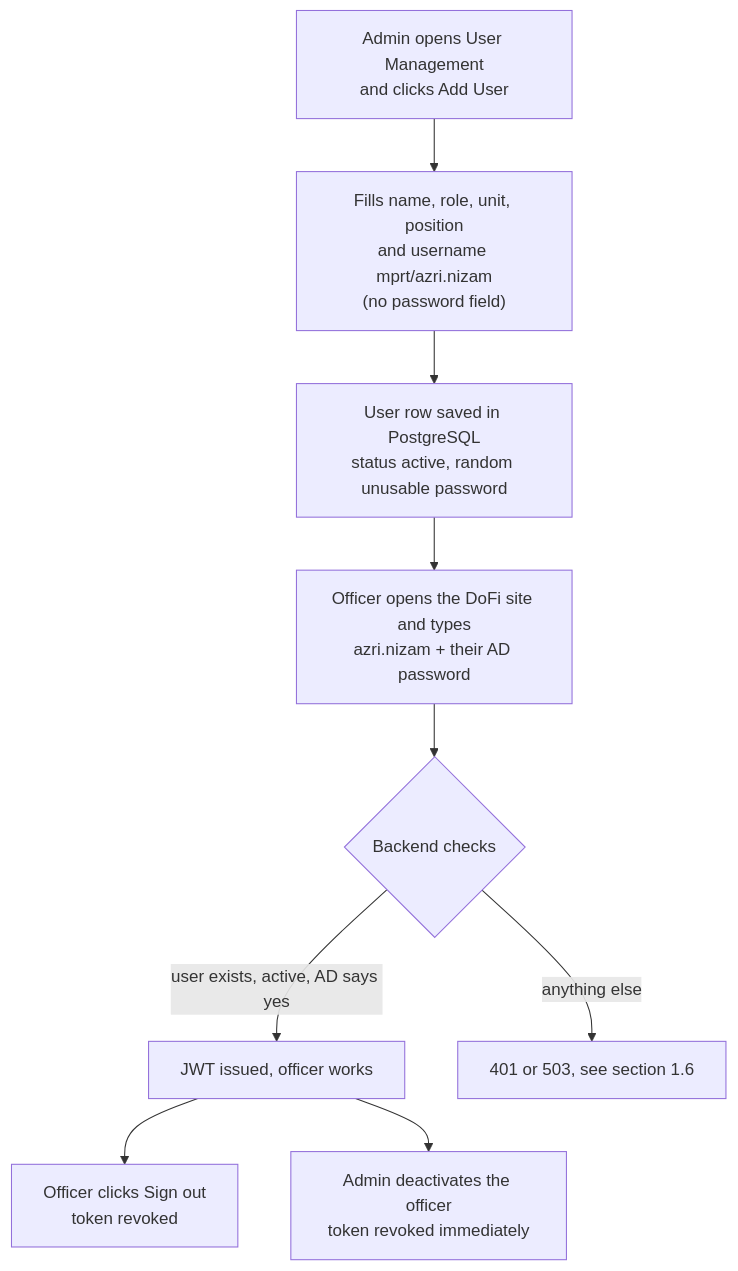
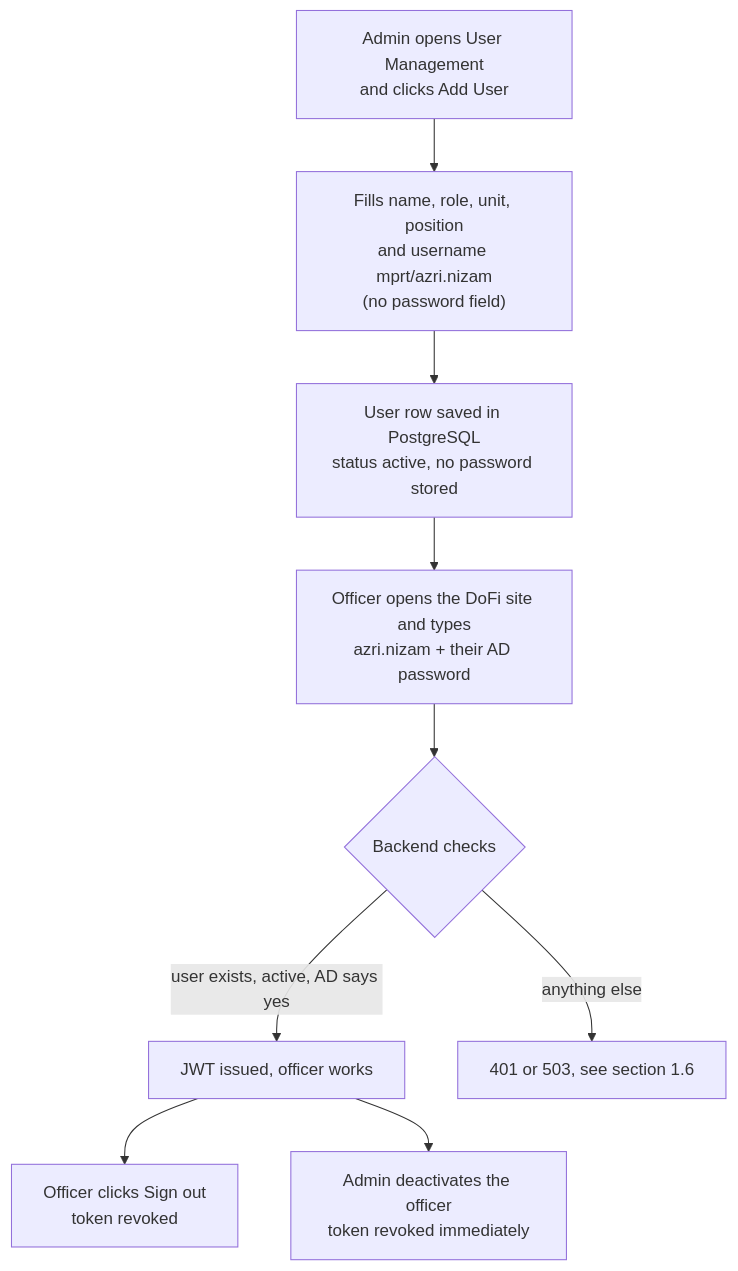
One commit to arya020595/st_dofi_backend changed the second of 2 diagrams in docs/active-directory/01-business-context-and-features.md. Above: the diagram before and after it, drawn with Mermaid. The commit also changed 27 other files, not shown here.

````diff
--- a/docs/active-directory/01-business-context-and-features.md
+++ b/docs/active-directory/01-business-context-and-features.md
@@ -61,11 +61,11 @@
 ```mermaid
 flowchart TD
     A["Admin opens User Management<br/>and clicks Add User"] --> B["Fills name, role, unit, position<br/>and username mprt/azri.nizam<br/>(no password field)"]
-    B --> C["User row saved in PostgreSQL<br/>status active, random unusable password"]
+    B --> C["User row saved in PostgreSQL<br/>status active, no password stored"]
     C --> D["Officer opens the DoFi site and types<br/>azri.nizam + their AD password"]
     D --> E{"Backend checks"}
     E -- "user exists, active, AD says yes" --> F["JWT issued, officer works"]
     E -- "anything else" --> G["401 or 503, see section 1.6"]
     F --> H["Officer clicks Sign out<br/>token revoked"]
     F --> I["Admin deactivates the officer<br/>token revoked immediately"]
 ```
````
